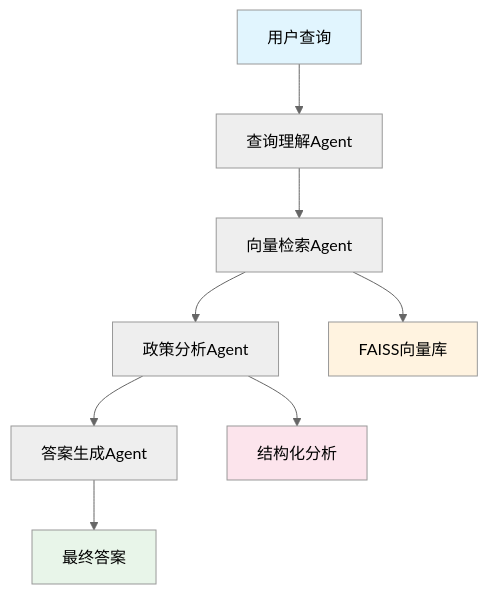
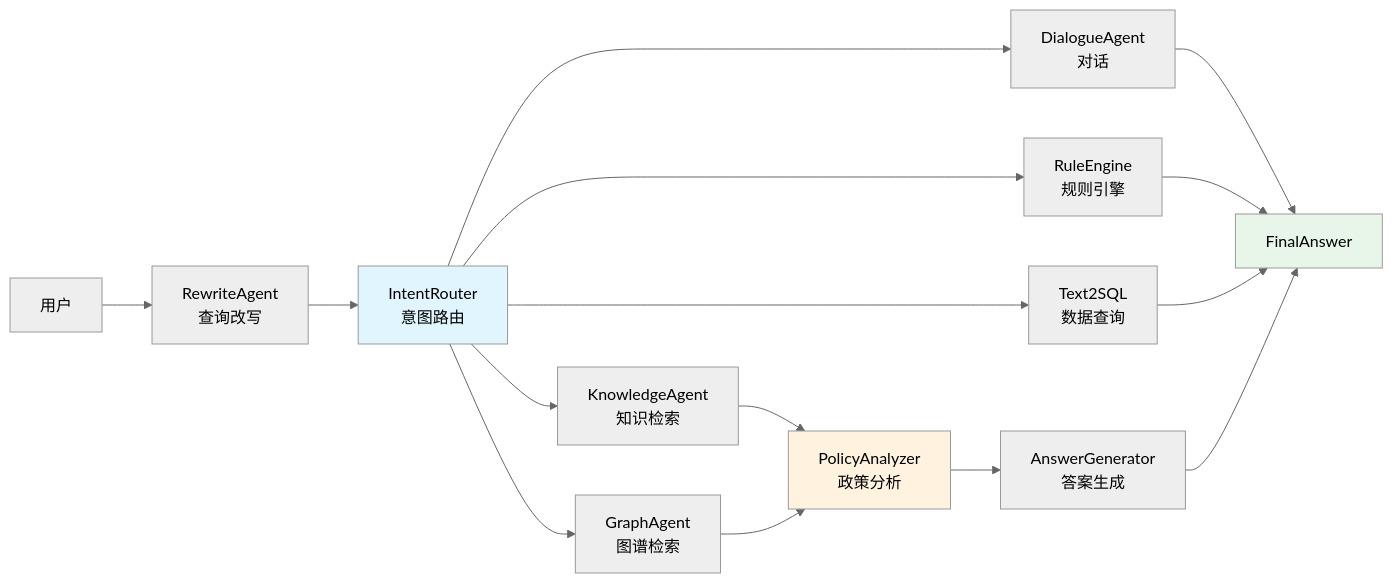
The diagram in README.md (skygazer42/Glyph), drawn with Mermaid (neutral theme) before and after one commit. The commit also changed other lines of this file and 23 other files, not shown here.

````diff
--- a/README.md
+++ b/README.md
@@ -18,16 +59,24 @@
 ```mermaid
-graph TD
-    A[用户查询] --> B[查询理解Agent]
-    B --> C[向量检索Agent]
-    C --> D[政策分析Agent]
-    D --> E[答案生成Agent]
-    E --> F[最终答案]
+graph LR
+    A[用户] --> B[RewriteAgent<br/>查询改写]
+    B --> C[IntentRouter<br/>意图路由]
 
-    C --> G[FAISS向量库]
-    D --> H[结构化分析]
+    C --> D1[DialogueAgent<br/>对话]
+    C --> D2[KnowledgeAgent<br/>知识检索]
+    C --> D3[GraphAgent<br/>图谱检索]
+    C --> D4[RuleEngine<br/>规则引擎]
+    C --> D5[Text2SQL<br/>数据查询]
 
-    style A fill:#e1f5fe
-    style F fill:#e8f5e9
-    style G fill:#fff3e0
-    style H fill:#fce4ec
+    D2 --> E[PolicyAnalyzer<br/>政策分析]
+    D3 --> E
+    E --> F[AnswerGenerator<br/>答案生成]
+
+    D1 --> G[FinalAnswer]
+    D4 --> G
+    D5 --> G
+    F --> G
+
+    style C fill:#e1f5fe
+    style E fill:#fff3e0
+    style G fill:#e8f5e9
 ```
````
